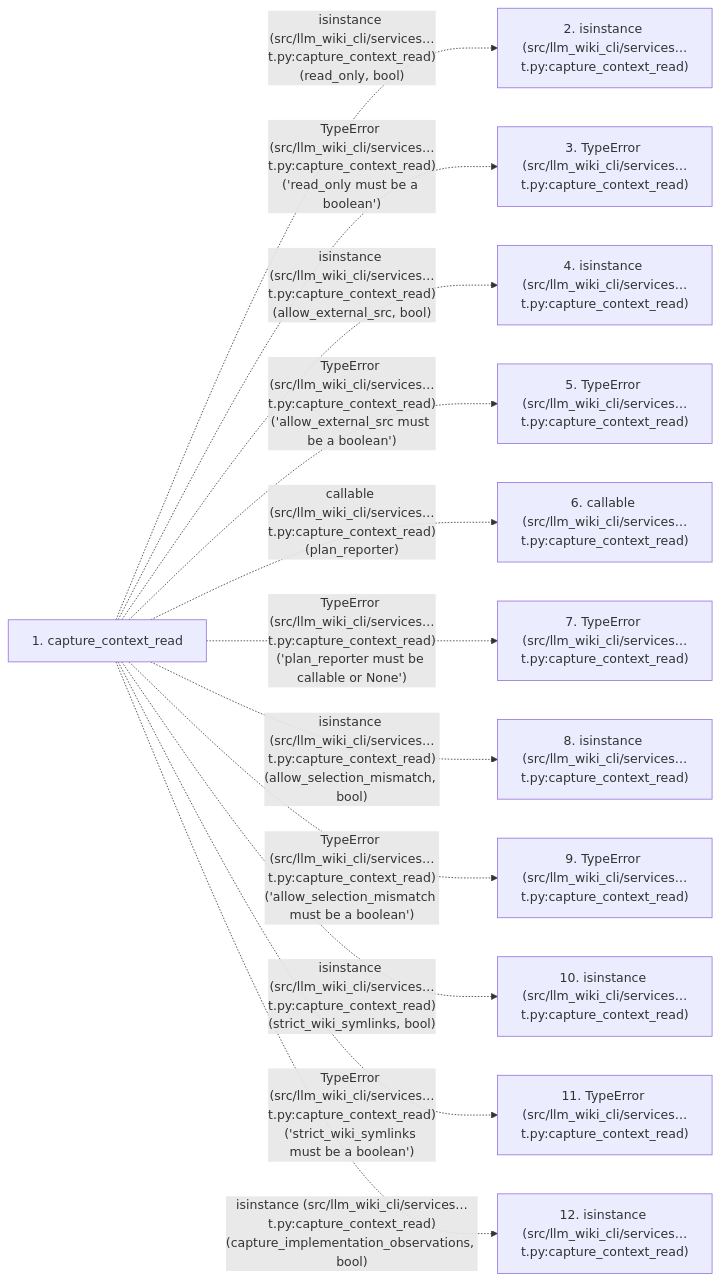
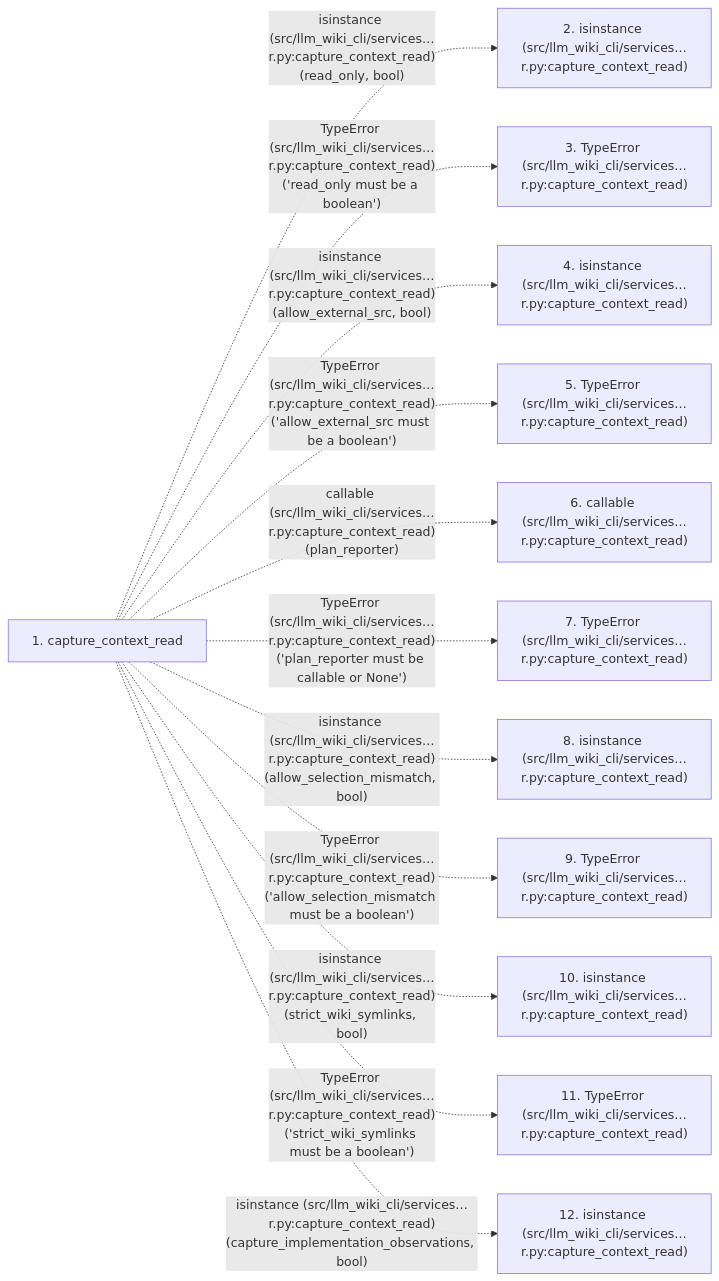
Before and after one commit to Denissvgn/python-wiki-llm: the second of 2 diagrams in docs/llm_wiki/flows/api-capture_context_read.md, drawn with Mermaid. The commit also changed other lines of this file and 1555 other files, not shown here.

````diff
--- a/docs/llm_wiki/flows/api-capture_context_read.md
+++ b/docs/llm_wiki/flows/api-capture_context_read.md
@@ -200,27 +207,27 @@
 ```mermaid
 flowchart LR
     s1["1. capture_context_read"]
-    s2["2. isinstance (src/llm_wiki_cli/services…t.py:capture_context_read)"]
-    s3["3. TypeError (src/llm_wiki_cli/services…t.py:capture_context_read)"]
-    s4["4. isinstance (src/llm_wiki_cli/services…t.py:capture_context_read)"]
-    s5["5. TypeError (src/llm_wiki_cli/services…t.py:capture_context_read)"]
-    s6["6. callable (src/llm_wiki_cli/services…t.py:capture_context_read)"]
-    s7["7. TypeError (src/llm_wiki_cli/services…t.py:capture_context_read)"]
-    s8["8. isinstance (src/llm_wiki_cli/services…t.py:capture_context_read)"]
-    s9["9. TypeError (src/llm_wiki_cli/services…t.py:capture_context_read)"]
-    s10["10. isinstance (src/llm_wiki_cli/services…t.py:capture_context_read)"]
-    s11["11. TypeError (src/llm_wiki_cli/services…t.py:capture_context_read)"]
-    s12["12. isinstance (src/llm_wiki_cli/services…t.py:capture_context_read)"]
-    s1 -. "isinstance (src/llm_wiki_cli/services…t.py:capture_context_read)(read_only, bool)" .-> s2
-    s1 -. "TypeError (src/llm_wiki_cli/services…t.py:capture_context_read)('read_only must be a boolean')" .-> s3
-    s1 -. "isinstance (src/llm_wiki_cli/services…t.py:capture_context_read)(allow_external_src, bool)" .-> s4
-    s1 -. "TypeError (src/llm_wiki_cli/services…t.py:capture_context_read)('allow_external_src must be a boolean')" .-> s5
-    s1 -. "callable (src/llm_wiki_cli/services…t.py:capture_context_read)(plan_reporter)" .-> s6
-    s1 -. "TypeError (src/llm_wiki_cli/services…t.py:capture_context_read)('plan_reporter must be callable or None')" .-> s7
-    s1 -. "isinstance (src/llm_wiki_cli/services…t.py:capture_context_read)(allow_selection_mismatch, bool)" .-> s8
-    s1 -. "TypeError (src/llm_wiki_cli/services…t.py:capture_context_read)('allow_selection_mismatch must be a boolean')" .-> s9
-    s1 -. "isinstance (src/llm_wiki_cli/services…t.py:capture_context_read)(strict_wiki_symlinks, bool)" .-> s10
-    s1 -. "TypeError (src/llm_wiki_cli/services…t.py:capture_context_read)('strict_wiki_symlinks must be a boolean')" .-> s11
-    s1 -. "isinstance (src/llm_wiki_cli/services…t.py:capture_context_read)(capture_implementation_observations, bool)" .-> s12
-    click s1 "../modules/context_packet.md"
+    s2["2. isinstance (src/llm_wiki_cli/services…r.py:capture_context_read)"]
+    s3["3. TypeError (src/llm_wiki_cli/services…r.py:capture_context_read)"]
+    s4["4. isinstance (src/llm_wiki_cli/services…r.py:capture_context_read)"]
+    s5["5. TypeError (src/llm_wiki_cli/services…r.py:capture_context_read)"]
+    s6["6. callable (src/llm_wiki_cli/services…r.py:capture_context_read)"]
+    s7["7. TypeError (src/llm_wiki_cli/services…r.py:capture_context_read)"]
+    s8["8. isinstance (src/llm_wiki_cli/services…r.py:capture_context_read)"]
+    s9["9. TypeError (src/llm_wiki_cli/services…r.py:capture_context_read)"]
+    s10["10. isinstance (src/llm_wiki_cli/services…r.py:capture_context_read)"]
+    s11["11. TypeError (src/llm_wiki_cli/services…r.py:capture_context_read)"]
+    s12["12. isinstance (src/llm_wiki_cli/services…r.py:capture_context_read)"]
+    s1 -. "isinstance (src/llm_wiki_cli/services…r.py:capture_context_read)(read_only, bool)" .-> s2
+    s1 -. "TypeError (src/llm_wiki_cli/services…r.py:capture_context_read)('read_only must be a boolean')" .-> s3
+    s1 -. "isinstance (src/llm_wiki_cli/services…r.py:capture_context_read)(allow_external_src, bool)" .-> s4
+    s1 -. "TypeError (src/llm_wiki_cli/services…r.py:capture_context_read)('allow_external_src must be a boolean')" .-> s5
+    s1 -. "callable (src/llm_wiki_cli/services…r.py:capture_context_read)(plan_reporter)" .-> s6
+    s1 -. "TypeError (src/llm_wiki_cli/services…r.py:capture_context_read)('plan_reporter must be callable or None')" .-> s7
+    s1 -. "isinstance (src/llm_wiki_cli/services…r.py:capture_context_read)(allow_selection_mismatch, bool)" .-> s8
+    s1 -. "TypeError (src/llm_wiki_cli/services…r.py:capture_context_read)('allow_selection_mismatch must be a boolean')" .-> s9
+    s1 -. "isinstance (src/llm_wiki_cli/services…r.py:capture_context_read)(strict_wiki_symlinks, bool)" .-> s10
+    s1 -. "TypeError (src/llm_wiki_cli/services…r.py:capture_context_read)('strict_wiki_symlinks must be a boolean')" .-> s11
+    s1 -. "isinstance (src/llm_wiki_cli/services…r.py:capture_context_read)(capture_implementation_observations, bool)" .-> s12
+    click s1 "../modules/context_packet_builder.md"
 ```
````
